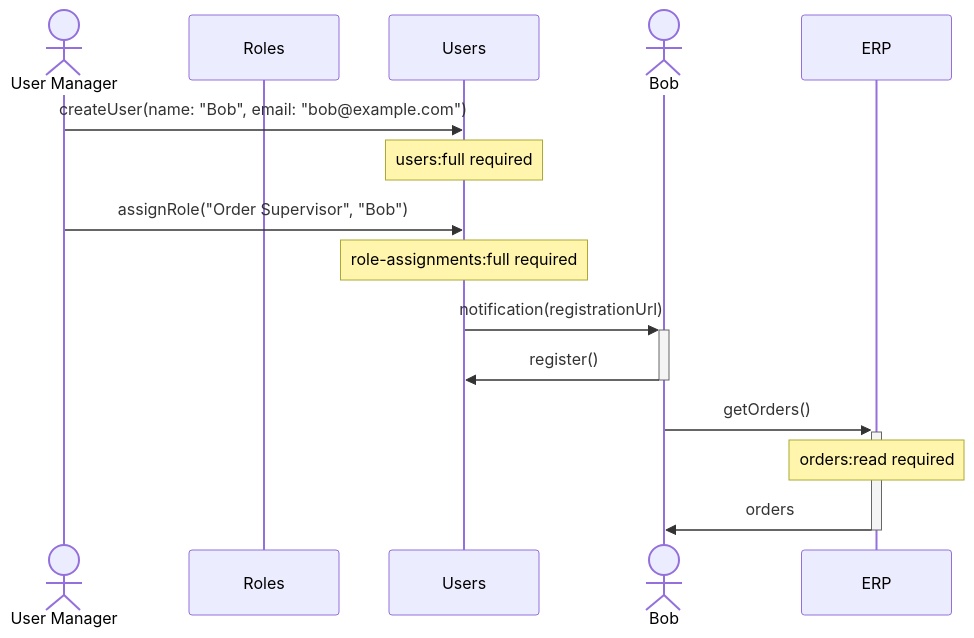
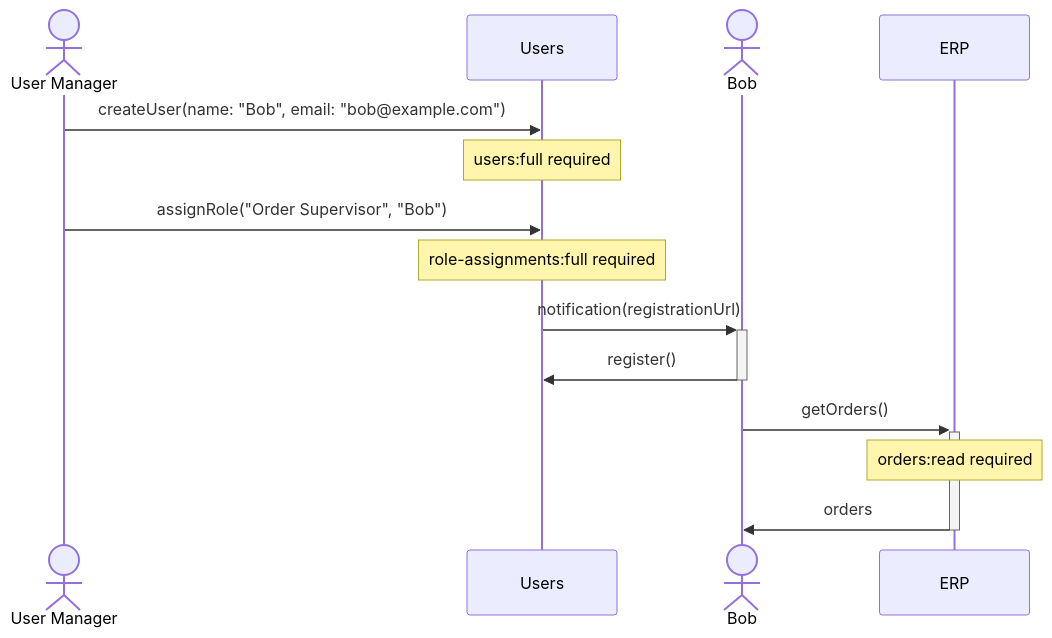
The second of 2 diagrams in doc/models/UseCases.md (ips-ag/oidc-user-management), drawn with Mermaid before and after one commit.

Commit message:
Remove obsolete entities

````diff
--- a/doc/models/UseCases.md
+++ b/doc/models/UseCases.md
@@ -32,18 +32,17 @@
 ```mermaid
 sequenceDiagram
     actor UM as User Manager
-    participant RO as Roles
     participant U as Users
     UM->>U: createUser(name: "Bob", email: "bob@example.com")
     Note over U: users:full required
     UM->>U: assignRole("Order Supervisor", "Bob")
     Note over U: role-assignments:full required
     actor B as Bob
     U->>+B: notification(registrationUrl)
     B->>-U: register()
     participant E as ERP
     B->>+E: getOrders()
     Note over E: orders:read required
     actor B as Bob
     E->>-B: orders
 ```
````
